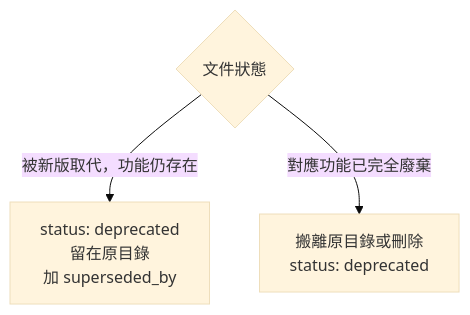
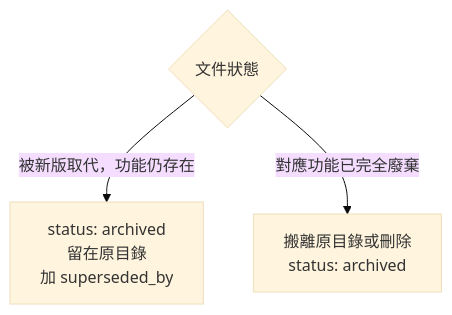
The second of 2 diagrams in .claude/skills/docs-governance/SKILL.md (EanLee/article-write), drawn with Mermaid (base theme) before and after one commit. The commit also changed other lines of this file and 8 other files, not shown here.

First line of the commit message:
docs(governance): 整併 frontmatter schema 並新增文件分類與維護律法

````diff
--- a/.claude/skills/docs-governance/SKILL.md
+++ b/.claude/skills/docs-governance/SKILL.md
@@ -175,6 +179,6 @@
 ```mermaid
 flowchart TD
   Q{文件狀態}
-  Q -->|被新版取代，功能仍存在| A[status: deprecated\n留在原目錄\n加 superseded_by]
-  Q -->|對應功能已完全廢棄| B[搬離原目錄或刪除\nstatus: deprecated]
+  Q -->|被新版取代，功能仍存在| A[status: archived\n留在原目錄\n加 superseded_by]
+  Q -->|對應功能已完全廢棄| B[搬離原目錄或刪除\nstatus: archived]
 ```
````
